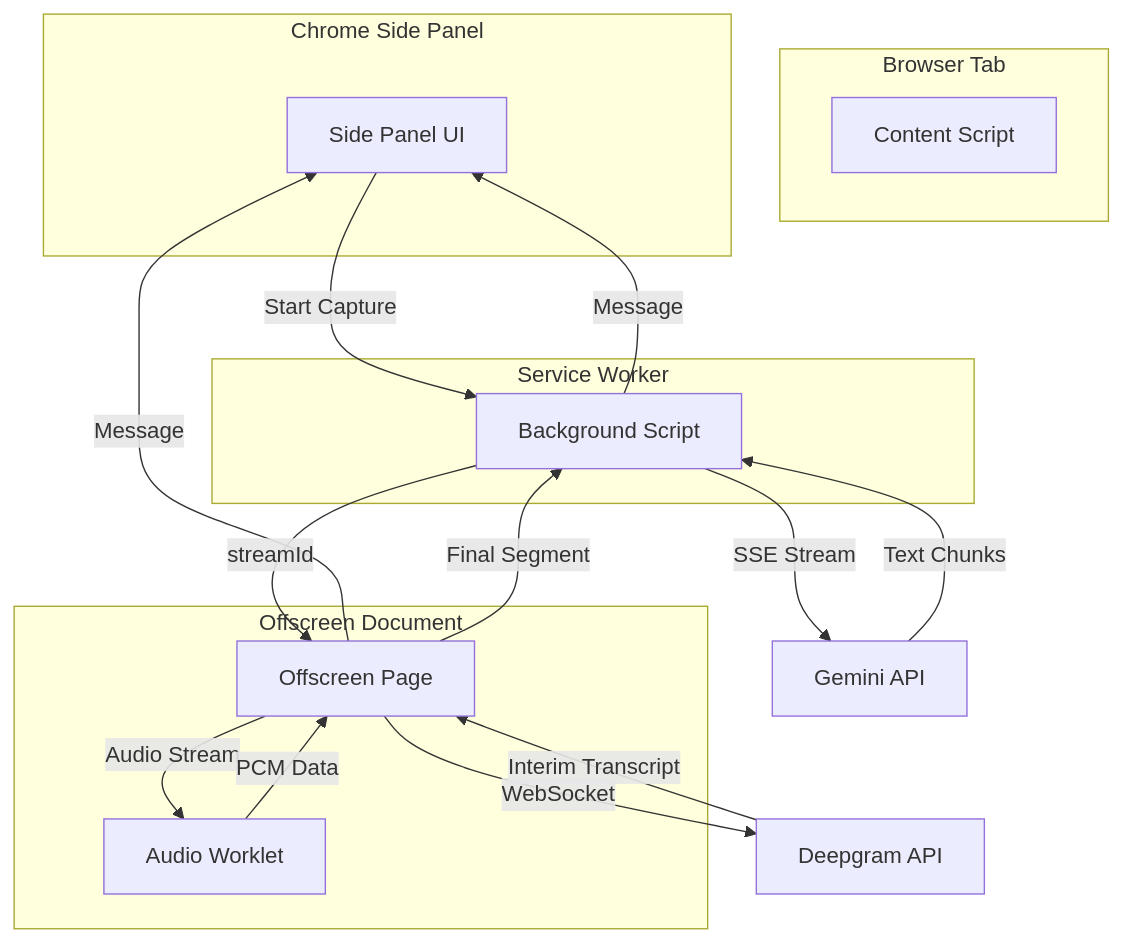
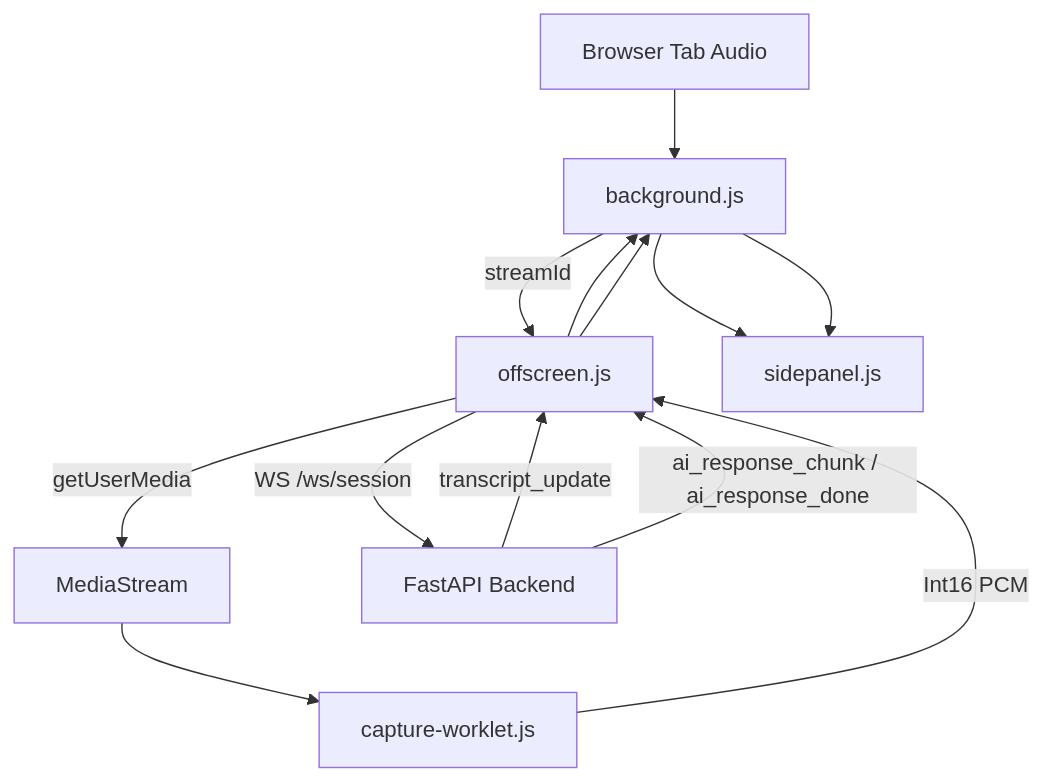
Before and after one commit to amanambak/dual-channel: the diagram in docs/extension_ARCHITECTURE.md, drawn with Mermaid. The commit also changed other lines of this file and 4 other files, not shown here.

Commit message:
Update backend and architecture documentation

````diff
--- a/docs/extension_ARCHITECTURE.md
+++ b/docs/extension_ARCHITECTURE.md
@@ -48,31 +90,15 @@
 ```mermaid
 graph TD
-    subgraph Browser Tab
-        CS[Content Script]
-    end
-
-    subgraph Chrome Side Panel
-        SP[Side Panel UI]
-    end
-
-    subgraph Service Worker
-        BG[Background Script]
-    end
-
-    subgraph Offscreen Document
-        OD[Offscreen Page]
-        AW[Audio Worklet]
-    end
-
-    SP -->|Start Capture| BG
-    BG -->|streamId| OD
-    OD -->|Audio Stream| AW
-    AW -->|PCM Data| OD
-    OD -->|WebSocket| DG[Deepgram API]
-    DG -->|Interim Transcript| OD
-    OD -->|Message| SP
-    OD -->|Final Segment| BG
-    BG -->|SSE Stream| GA[Gemini API]
-    GA -->|Text Chunks| BG
-    BG -->|Message| SP
+    TAB[Browser Tab Audio] --> BG[background.js]
+    BG -->|streamId| OD[offscreen.js]
+    OD -->|getUserMedia| MS[MediaStream]
+    MS --> AW[capture-worklet.js]
+    AW -->|Int16 PCM| OD
+    OD -->|WS /ws/session| BE[FastAPI Backend]
+    BE -->|transcript_update| OD
+    OD --> BG
+    BG --> SP[sidepanel.js]
+    BE -->|ai_response_chunk / ai_response_done| OD
+    OD --> BG
+    BG --> SP
 ```
````
